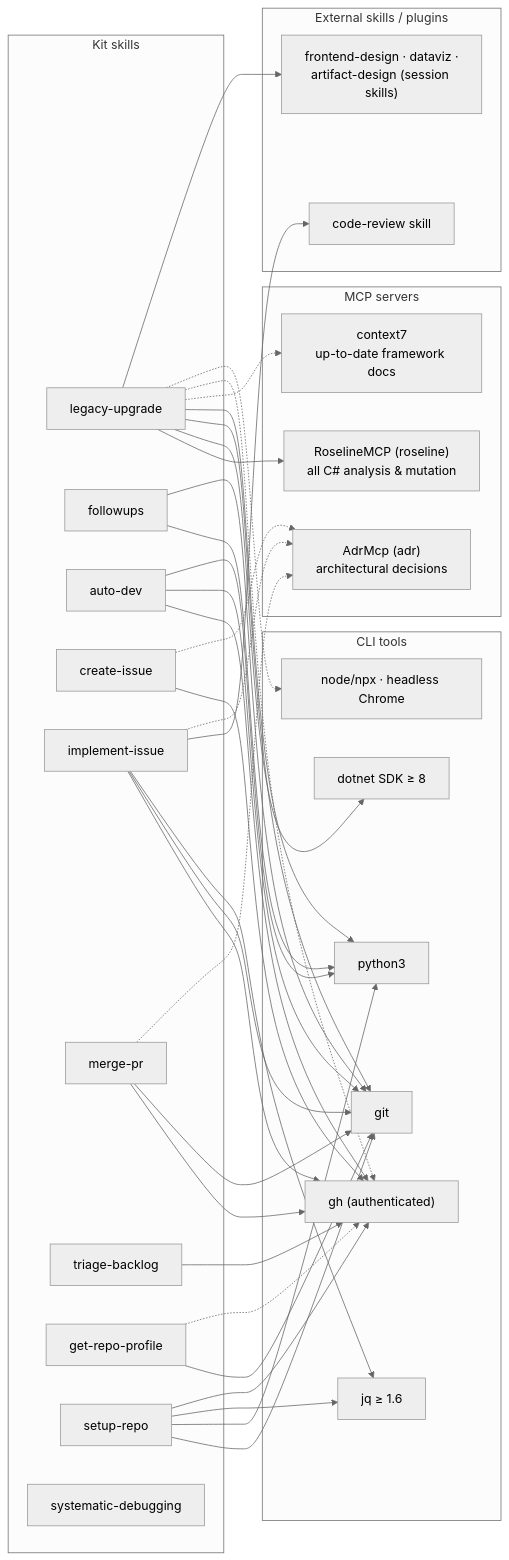
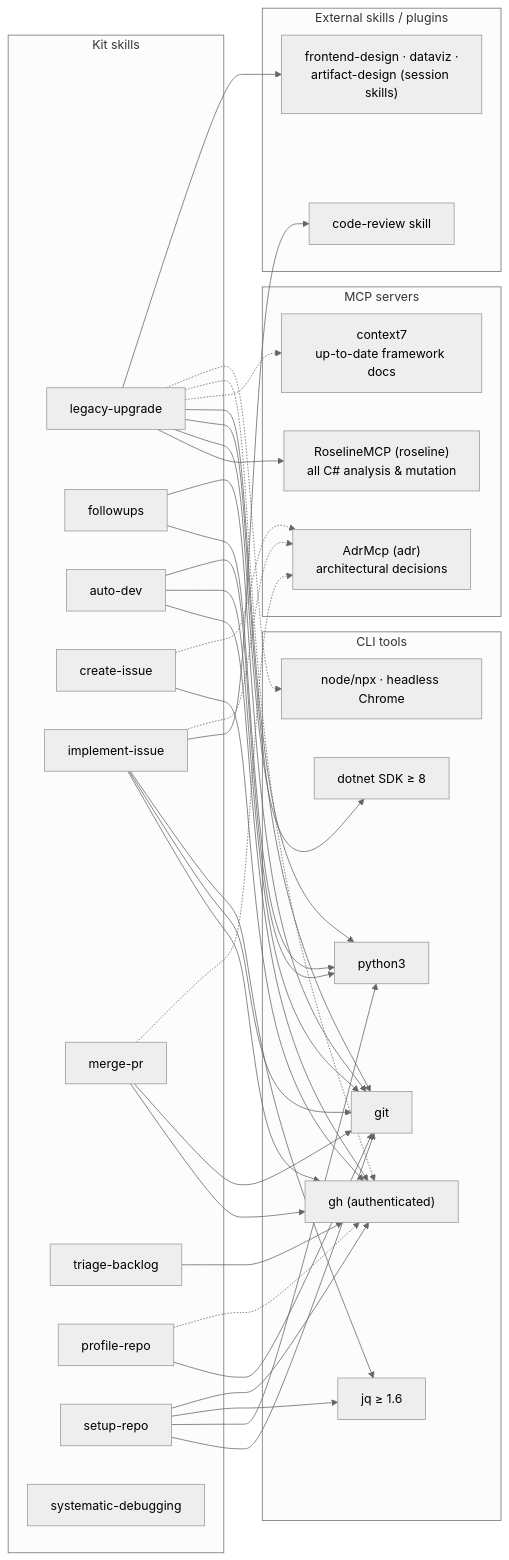
One commit to phmatray/ai-migration-kit changed the second of 2 diagrams in ARCHITECTURE.md. Above: the diagram before and after it, drawn with Mermaid (neutral theme). The commit also changed other lines of this file and 44 other files, not shown here.

Commit message:
feat(skills): rename get-repo-profile to profile-repo

````diff
--- a/ARCHITECTURE.md
+++ b/ARCHITECTURE.md
@@ -101,74 +101,74 @@
 ```mermaid
 graph LR
     subgraph skills ["Kit skills"]
         LU[legacy-upgrade]
         FU[followups]
         AD[auto-dev]
         CI[create-issue]
         II[implement-issue]
         MP[merge-pr]
         TB[triage-backlog]
-        RP[get-repo-profile]
+        RP[profile-repo]
         SR[setup-repo]
         SD[systematic-debugging]
     end
 
     subgraph mcp ["MCP servers"]
         ROS["RoselineMCP (roseline)<br>all C# analysis & mutation"]
         C7["context7<br>up-to-date framework docs"]
         ADR["AdrMcp (adr)<br>architectural decisions"]
     end
 
     subgraph ext ["External skills / plugins"]
         CR["code-review skill"]
         FD["frontend-design · dataviz ·<br>artifact-design (session skills)"]
     end
 
     subgraph tools ["CLI tools"]
         GH["gh (authenticated)"]
         DN["dotnet SDK ≥ 8"]
         PY["python3"]
         GIT["git"]
         JQ["jq ≥ 1.6"]
         NODE["node/npx · headless Chrome"]
     end
 
     LU --> ROS
     LU --> DN
     LU --> GIT
     LU --> PY
     LU -.-> C7
     LU -.-> GH
     LU -.-> NODE
     LU --> FD
 
     FU --> PY
     FU --> GIT
 
     CI --> GH
     CI -.-> ADR
 
     II --> GH
     II --> GIT
     II --> JQ
     II --> CR
     II -.-> ADR
 
     MP --> GH
     MP --> GIT
     MP -.-> ADR
 
     TB --> GH
 
     RP --> GIT
     RP -.-> GH
 
     SR --> GIT
     SR --> PY
     SR --> JQ
     SR --> GH
 
     AD --> GH
     AD --> GIT
     AD --> PY
 ```
````
